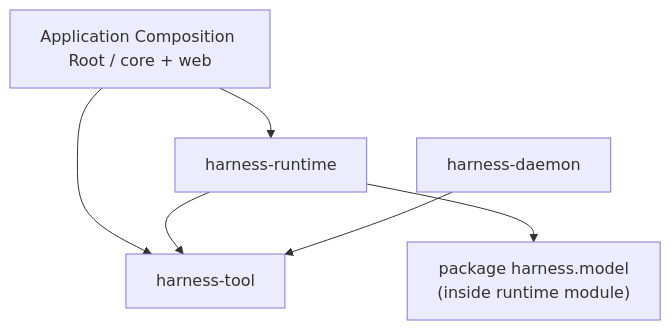
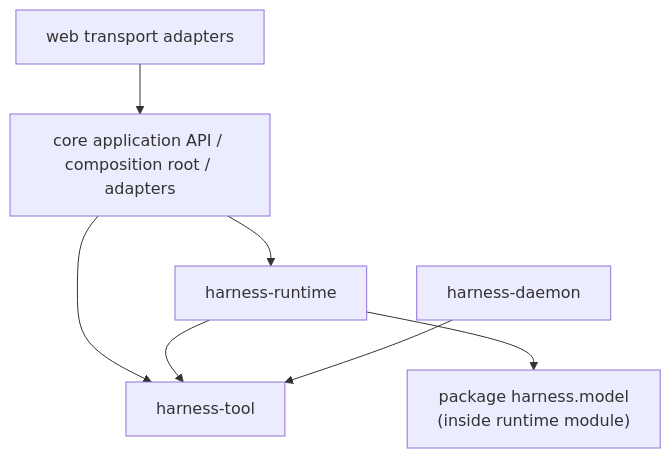
Before and after one commit to fengwk/kk-studio: the first of 4 diagrams in docs/technical-solution/harness-runtime-architecture.md, drawn with Mermaid. The commit also changed other lines of this file and 12 other files, not shown here.

````diff
--- a/docs/technical-solution/harness-runtime-architecture.md
+++ b/docs/technical-solution/harness-runtime-architecture.md
@@ -26,14 +26,16 @@
 ```mermaid
 flowchart TB
-    C[Application Composition Root / core + web]
+    W[web transport adapters]
+    C[core application API / composition root / adapters]
     R[harness-runtime]
     T[harness-tool]
     D[harness-daemon]
     Mpkg["package harness.model<br/>(inside runtime module)"]
 
+    W --> C
     C --> R
     C --> T
     R --> T
     R --> Mpkg
     D --> T
 ```
````
